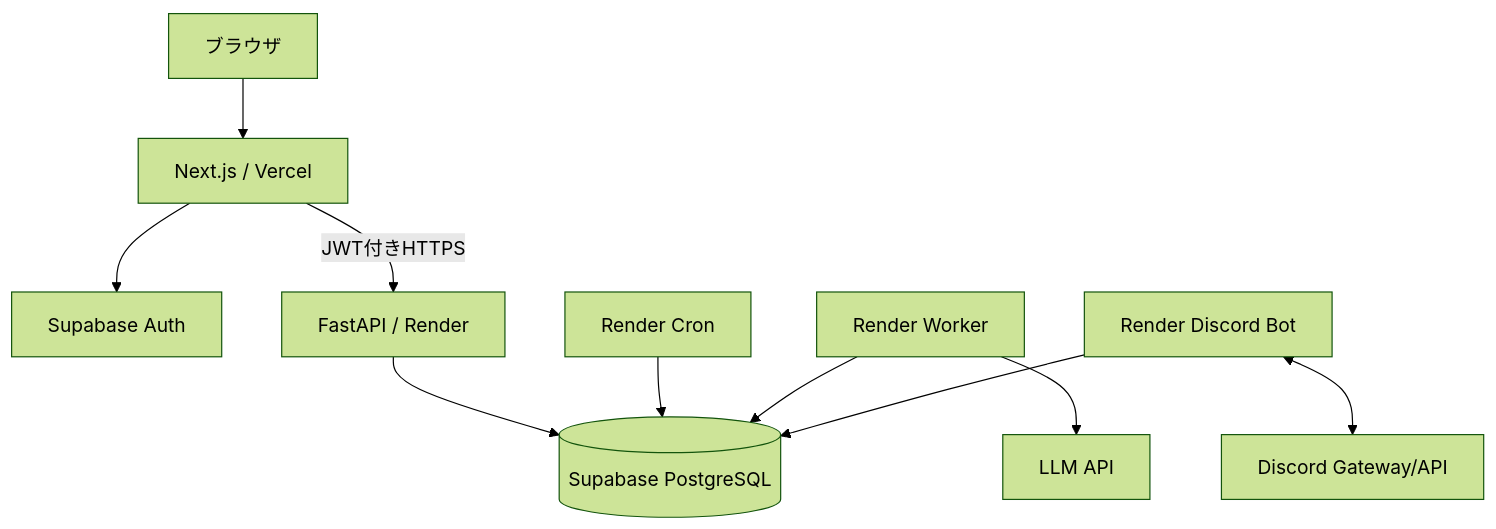
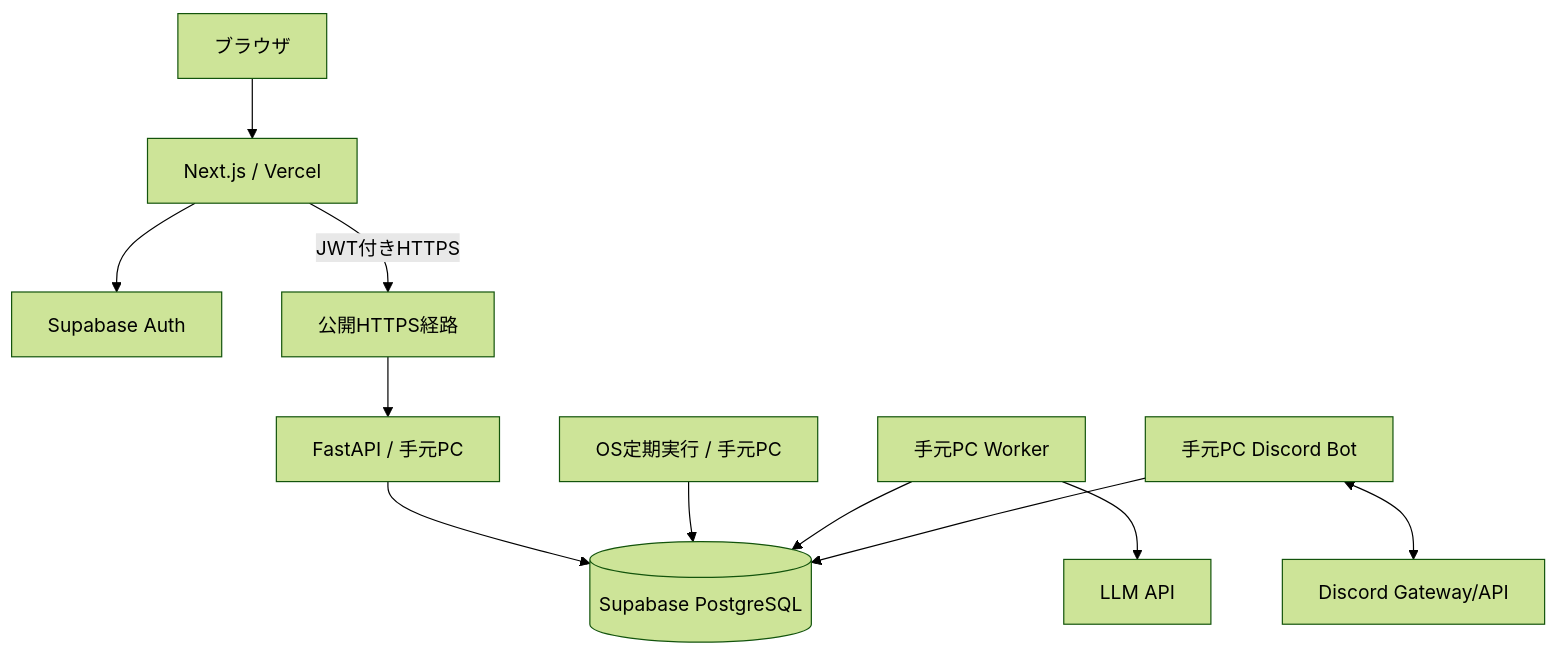
Before and after one commit to sskohei/Alter: the diagram in docs/diagrams/architecture.md, drawn with Mermaid (forest theme). The commit also changed other lines of this file and 17 other files, not shown here.

````diff
--- a/docs/diagrams/architecture.md
+++ b/docs/diagrams/architecture.md
@@ -5,12 +5,13 @@
 ```mermaid
 flowchart TB
   Browser[ブラウザ] --> Web[Next.js / Vercel]
   Web --> Auth[Supabase Auth]
-  Web -->|JWT付きHTTPS| API[FastAPI / Render]
+  Web -->|JWT付きHTTPS| HTTPS[公開HTTPS経路]
+  HTTPS --> API[FastAPI / 手元PC]
   API --> DB[(Supabase PostgreSQL)]
-  Cron[Render Cron] --> DB
-  Worker[Render Worker] --> DB
+  Cron[OS定期実行 / 手元PC] --> DB
+  Worker[手元PC Worker] --> DB
   Worker --> LLM[LLM API]
-  Bot[Render Discord Bot] --> DB
+  Bot[手元PC Discord Bot] --> DB
   Bot <--> Discord[Discord Gateway/API]
 ```
````
